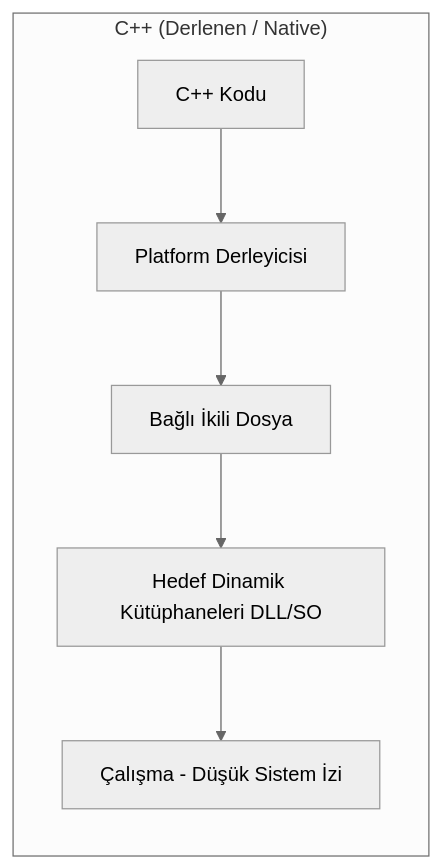
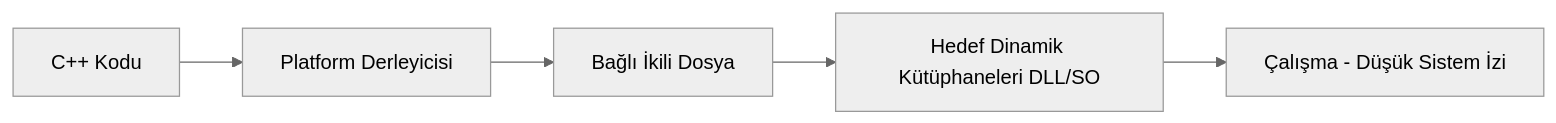
The second of 4 diagrams in website/content/golang-for-hackers/tr.md (yusufarbc/yusufarbc), drawn with Mermaid (neutral theme) before and after one commit. The commit also changed other lines of this file and 1 other file, not shown here.

````diff
--- a/website/content/golang-for-hackers/tr.md
+++ b/website/content/golang-for-hackers/tr.md
@@ -140,9 +142,7 @@
 ```mermaid
 graph LR
-    subgraph "C++ (Derlenen / Native)"
-        C_Source[C++ Kodu] --> C_Compiler[Platform Derleyicisi]
-        C_Compiler --> C_Binary[Bağlı İkili Dosya]
-        C_Binary --> C_OS[Hedef Dinamik Kütüphaneleri DLL/SO]
-        C_OS --> C_Execution[Çalışma - Düşük Sistem İzi]
-    end
+    C_Source[C++ Kodu] --> C_Compiler[Platform Derleyicisi]
+    C_Compiler --> C_Binary[Bağlı İkili Dosya]
+    C_Binary --> C_OS[Hedef Dinamik Kütüphaneleri DLL/SO]
+    C_OS --> C_Execution[Çalışma - Düşük Sistem İzi]
 ```
````
